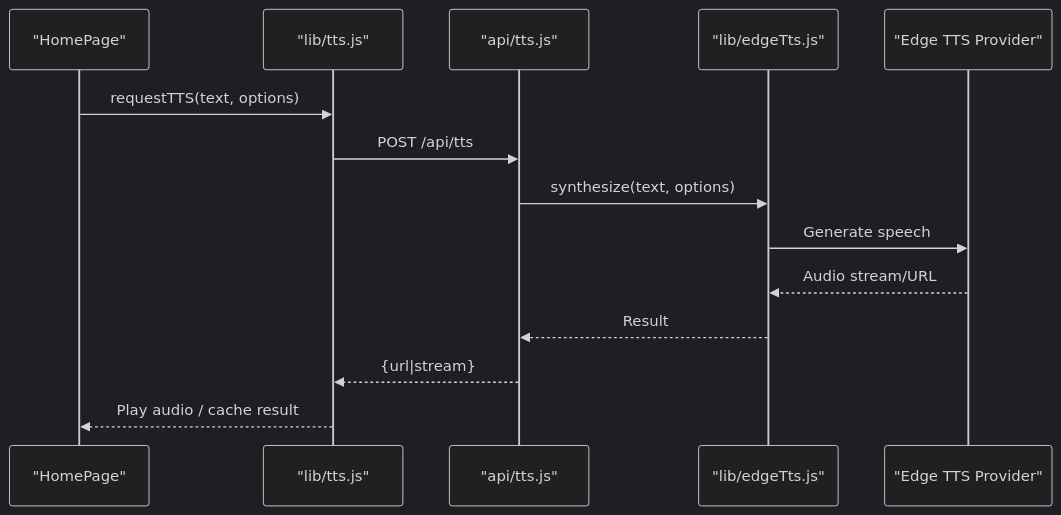
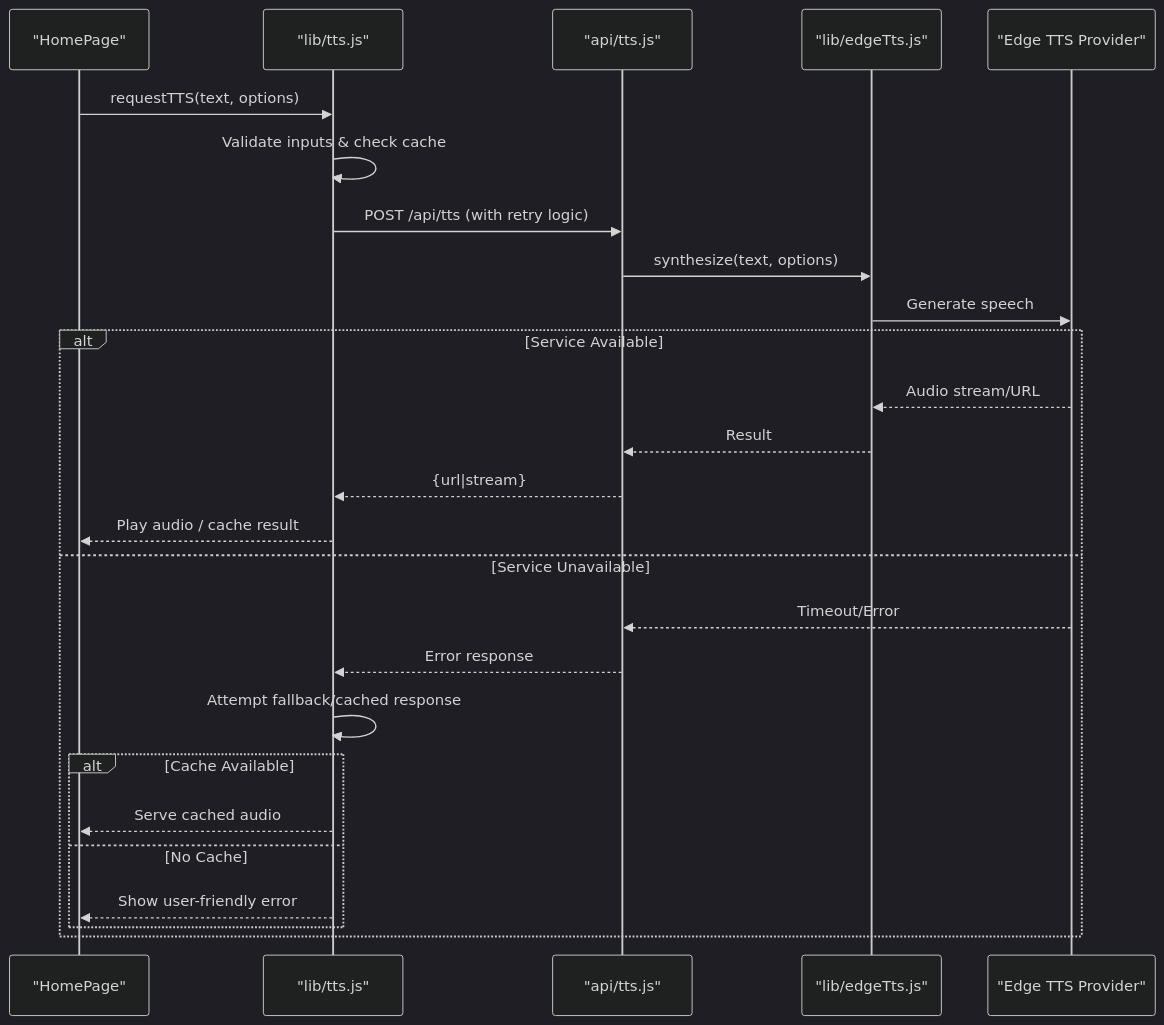
Before and after one commit to zmyeo54/briefroom: the fifth of 9 diagrams in .qoder/repowiki/en/content/Architecture Overview/Architecture Overview.md, drawn with Mermaid (dark theme). The commit also changed other lines of this file and 7 other files, not shown here.

First line of the commit message:
feat(tts): enhance stability with retry logic and circuit breaker patterns

````diff
--- a/.qoder/repowiki/en/content/Architecture Overview/Architecture Overview.md
+++ b/.qoder/repowiki/en/content/Architecture Overview/Architecture Overview.md
@@ -214,16 +301,28 @@
 ```mermaid
 sequenceDiagram
 participant UI as "HomePage"
 participant Lib as "lib/tts.js"
 participant API as "api/tts.js"
 participant Util as "lib/edgeTts.js"
 participant Ext as "Edge TTS Provider"
 UI->>Lib : requestTTS(text, options)
-Lib->>API : POST /api/tts
+Lib->>Lib : Validate inputs & check cache
+Lib->>API : POST /api/tts (with retry logic)
 API->>Util : synthesize(text, options)
 Util->>Ext : Generate speech
+alt Service Available
 Ext-->>Util : Audio stream/URL
 Util-->>API : Result
 API-->>Lib : {url|stream}
 Lib-->>UI : Play audio / cache result
+else Service Unavailable
+Ext-->>API : Timeout/Error
+API-->>Lib : Error response
+Lib->>Lib : Attempt fallback/cached response
+alt Cache Available
+Lib-->>UI : Serve cached audio
+else No Cache
+Lib-->>UI : Show user-friendly error
+end
+end
 ```
````
